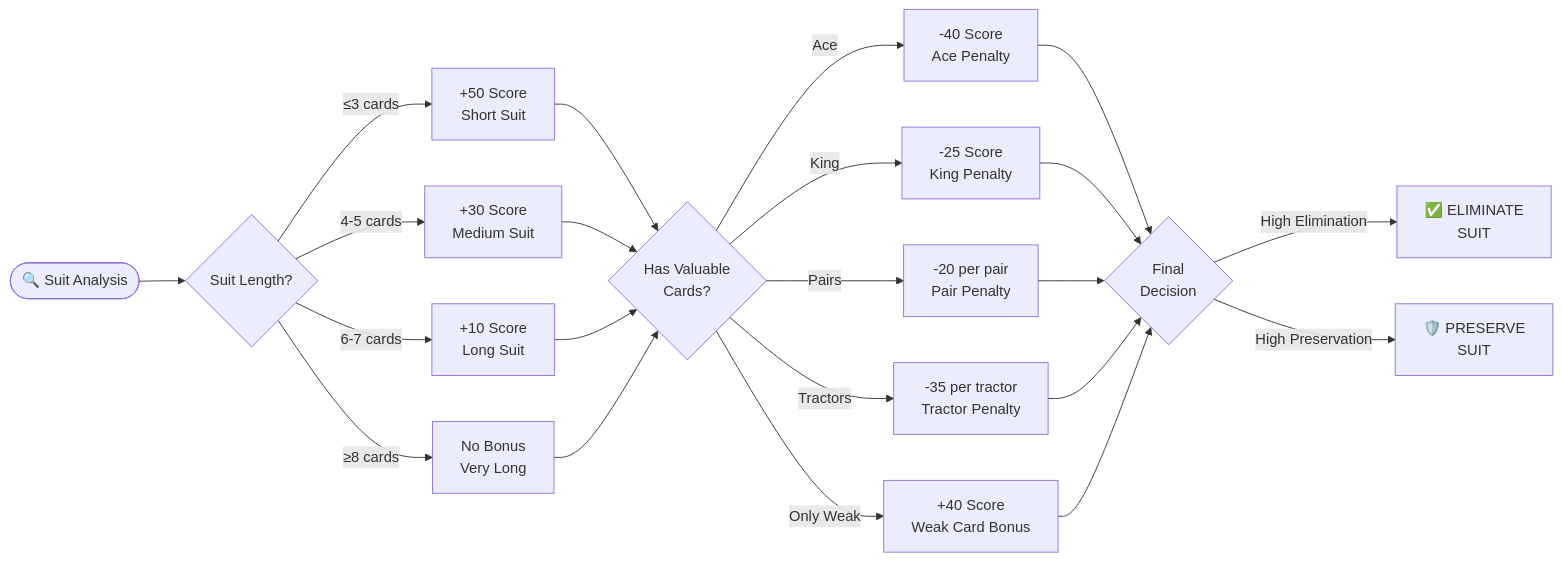
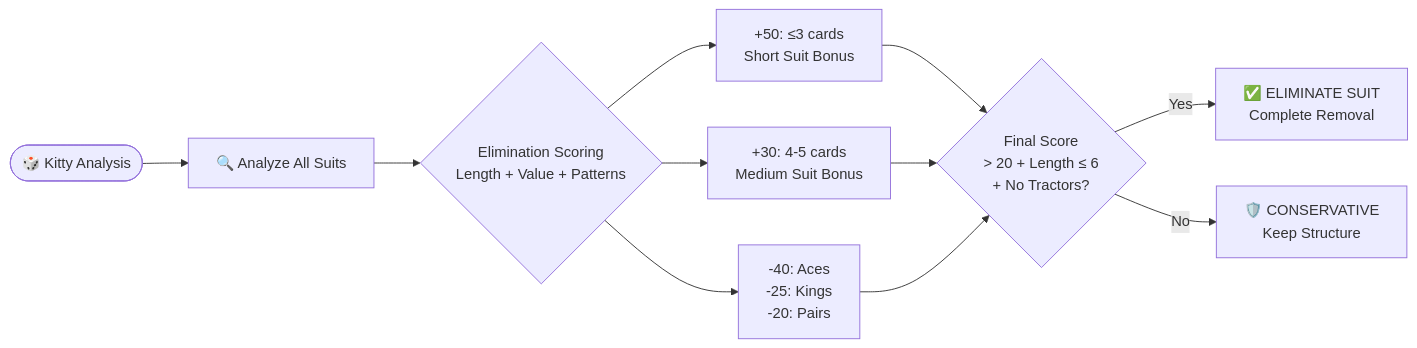
One commit to ejfn/Tractor changed the fifth of 5 diagrams in docs/AI_SYSTEM.md. Above: the diagram before and after it, drawn with Mermaid. The commit also changed other lines of this file and 2 other files, not shown here.

````diff
--- a/docs/AI_SYSTEM.md
+++ b/docs/AI_SYSTEM.md
@@ -196,29 +296,16 @@
 ```mermaid
 flowchart LR
-    Start([🔍 Suit Analysis]) --> Length{Suit Length?}
+    Start([🎲 Kitty Analysis]) --> Suits[🔍 Analyze All Suits]
+    Suits --> Scoring{Elimination Scoring<br/>Length + Value + Patterns}
     
-    Length -->|≤3 cards| Short[+50 Score<br/>Short Suit]
-    Length -->|4-5 cards| Medium[+30 Score<br/>Medium Suit]
-    Length -->|6-7 cards| Long[+10 Score<br/>Long Suit]
-    Length -->|≥8 cards| VeryLong[No Bonus<br/>Very Long]
+    Scoring --> Short[+50: ≤3 cards<br/>Short Suit Bonus]
+    Scoring --> Medium[+30: 4-5 cards<br/>Medium Suit Bonus]
+    Scoring --> Penalties[-40: Aces<br/>-25: Kings<br/>-20: Pairs]
     
-    Short --> Valuable{Has Valuable<br/>Cards?}
-    Medium --> Valuable
-    Long --> Valuable
-    VeryLong --> Valuable
+    Short --> Decision{Final Score<br/>> 20 + Length ≤ 6<br/>+ No Tractors?}
+    Medium --> Decision
+    Penalties --> Decision
     
-    Valuable -->|Ace| AcePenalty[-40 Score<br/>Ace Penalty]
-    Valuable -->|King| KingPenalty[-25 Score<br/>King Penalty]
-    Valuable -->|Pairs| PairPenalty[-20 per pair<br/>Pair Penalty]
-    Valuable -->|Tractors| TractorPenalty[-35 per tractor<br/>Tractor Penalty]
-    Valuable -->|Only Weak| WeakBonus[+40 Score<br/>Weak Card Bonus]
-    
-    AcePenalty --> Decision{Final<br/>Decision}
-    KingPenalty --> Decision
-    PairPenalty --> Decision
-    TractorPenalty --> Decision
-    WeakBonus --> Decision
-    
-    Decision -->|High Elimination| Eliminate[✅ ELIMINATE<br/>SUIT]
-    Decision -->|High Preservation| Preserve[🛡️ PRESERVE<br/>SUIT]
+    Decision -->|Yes| Eliminate[✅ ELIMINATE SUIT<br/>Complete Removal]
+    Decision -->|No| Conservative[🛡️ CONSERVATIVE<br/>Keep Structure]
 ```
````
